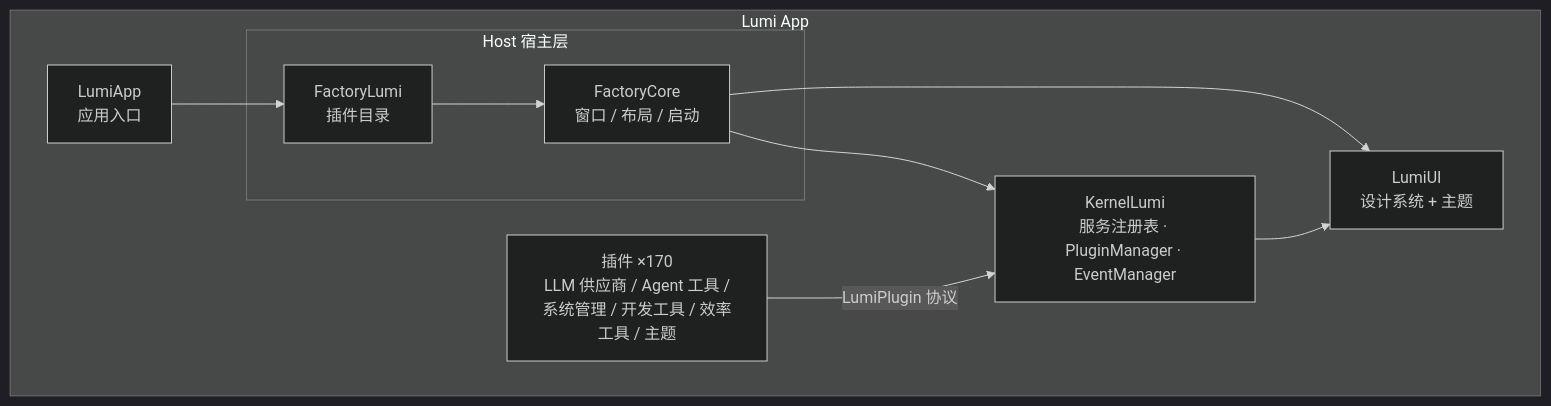
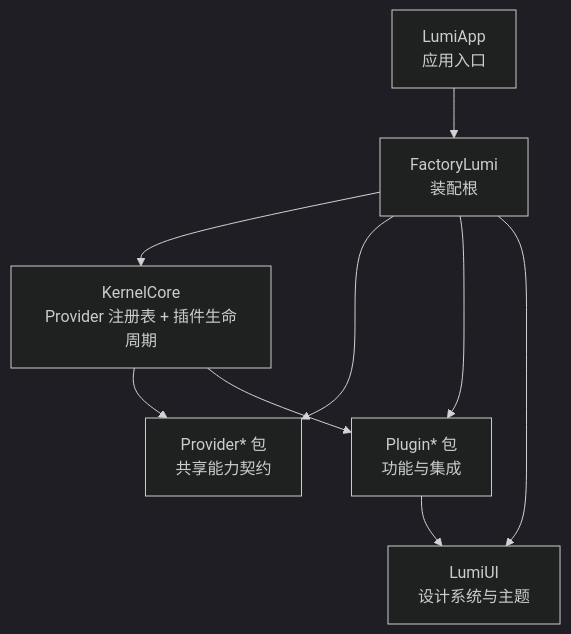
One commit to CofficLab/Lumi changed the first of 2 diagrams in README_zh.md. Above: the diagram before and after it, drawn with Mermaid (dark theme). The commit also changed other lines of this file and 1 other file, not shown here.

````diff
--- a/README_zh.md
+++ b/README_zh.md
@@ -36,20 +37,18 @@
 ```mermaid
 graph TB
-    subgraph "Lumi App"
-        APP[LumiApp<br/>应用入口]
-        subgraph "Host 宿主层"
-            FL[FactoryLumi<br/>插件目录]
-            FC[FactoryCore<br/>窗口 / 布局 / 启动]
-        end
-        K[KernelLumi<br/>服务注册表 · PluginManager · EventManager]
-        P[插件 ×170<br/>LLM 供应商 / Agent 工具 /<br/>系统管理 / 开发工具 / 效率工具 / 主题]
-        UI[LumiUI<br/>设计系统 + 主题]
-    end
+    APP[LumiApp<br/>应用入口]
+    FL[FactoryLumi<br/>装配根]
+    K[KernelCore<br/>Provider 注册表 + 插件生命周期]
+    PF[Provider* 包<br/>共享能力契约]
+    PL[Plugin* 包<br/>功能与集成]
+    UI[LumiUI<br/>设计系统与主题]
 
     APP --> FL
-    FL --> FC
-    FC --> K
-    P -->|LumiPlugin 协议| K
-    K --> UI
-    FC --> UI
+    FL --> K
+    FL --> PF
+    FL --> PL
+    K --> PF
+    K --> PL
+    FL --> UI
+    PL --> UI
 ```
````
